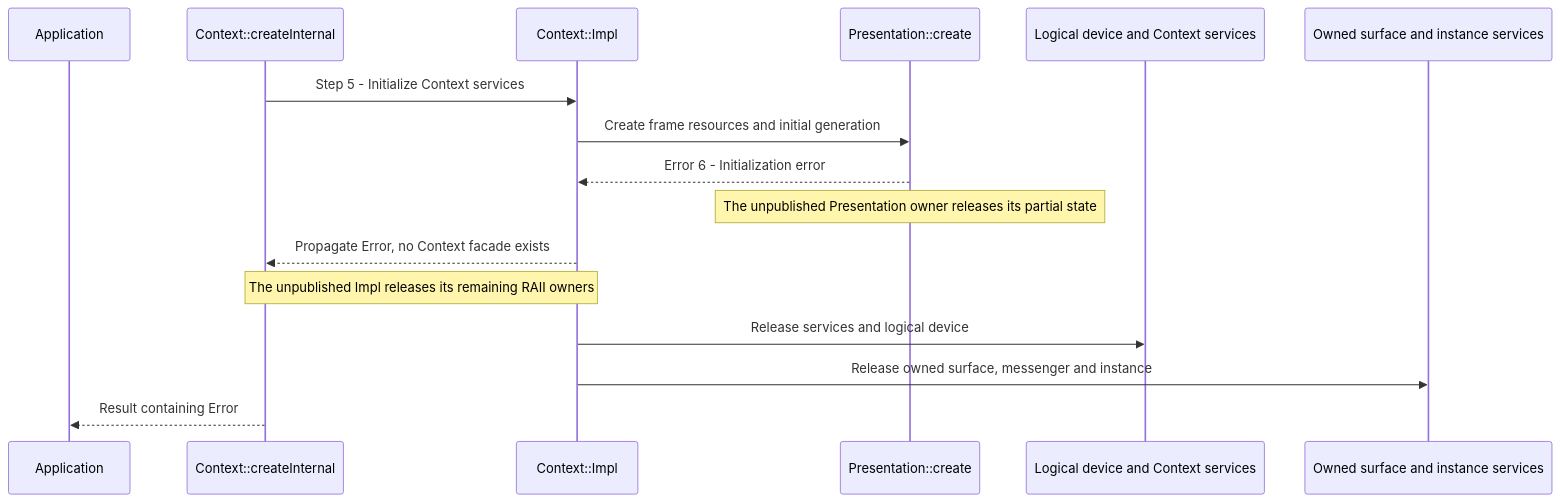
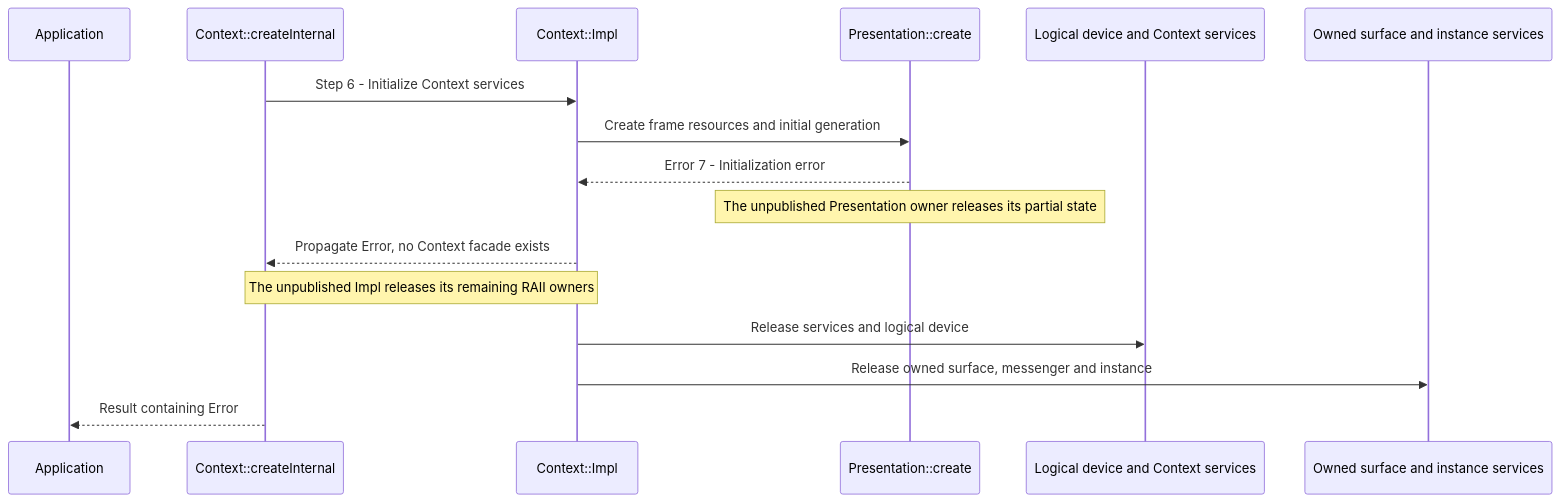
Before and after one commit to a-soltysik/Panda: the third of 3 diagrams in docs/use-cases/create-context.md, drawn with Mermaid. The commit also changed other lines of this file and 31 other files, not shown here.

Commit message:
Add optional timeline semaphore export and CUDA import (#86)

````diff
--- a/docs/use-cases/create-context.md
+++ b/docs/use-cases/create-context.md
@@ -153,18 +188,18 @@
 ```mermaid
 sequenceDiagram
     participant A as Application
     participant C as Context::createInternal
     participant I as Context::Impl
     participant P as Presentation::create
     participant D as Logical device and Context services
     participant S as Owned surface and instance services
-    C->>I: Step 5 - Initialize Context services
+    C->>I: Step 6 - Initialize Context services
     I->>P: Create frame resources and initial generation
-    P-->>I: Error 6 - Initialization error
+    P-->>I: Error 7 - Initialization error
     Note over P: The unpublished Presentation owner releases its partial state
     I-->>C: Propagate Error, no Context facade exists
     Note over C,I: The unpublished Impl releases its remaining RAII owners
     I->>D: Release services and logical device
     I->>S: Release owned surface, messenger and instance
     C-->>A: Result containing Error
 ```
````
